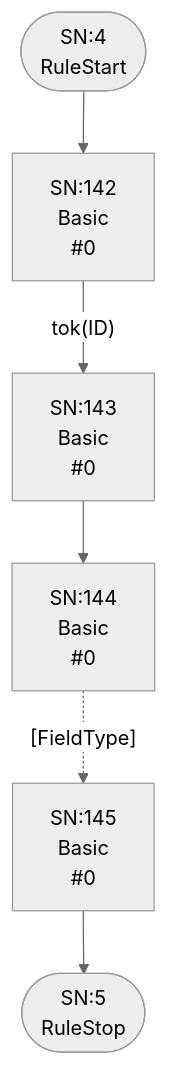
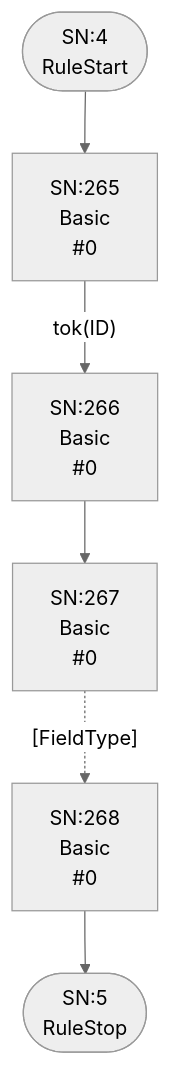
The third of 25 diagrams in internal/grammar/atn.md (TypeFox/fastbelt), drawn with Mermaid (neutral theme) before and after one commit. The commit also changed other lines of this file and 5 other files, not shown here.

````diff
--- a/internal/grammar/atn.md
+++ b/internal/grammar/atn.md
@@ -111,15 +118,15 @@
 ```mermaid
 flowchart TD
     q4(["SN:4<br/>RuleStart"])
     q5(["SN:5<br/>RuleStop"])
-    q142["SN:142<br/>Basic<br/> #0"]
-    q143["SN:143<br/>Basic<br/> #0"]
-    q144["SN:144<br/>Basic<br/> #0"]
-    q145["SN:145<br/>Basic<br/> #0"]
+    q265["SN:265<br/>Basic<br/> #0"]
+    q266["SN:266<br/>Basic<br/> #0"]
+    q267["SN:267<br/>Basic<br/> #0"]
+    q268["SN:268<br/>Basic<br/> #0"]
 
-    q4 --> q142
-    q142 -->|"tok(ID)"| q143
-    q143 --> q144
-    q144 -.->|"[FieldType]"| q145
-    q145 --> q5
+    q4 --> q265
+    q265 -->|"tok(ID)"| q266
+    q266 --> q267
+    q267 -.->|"[FieldType]"| q268
+    q268 --> q5
 ```
````
